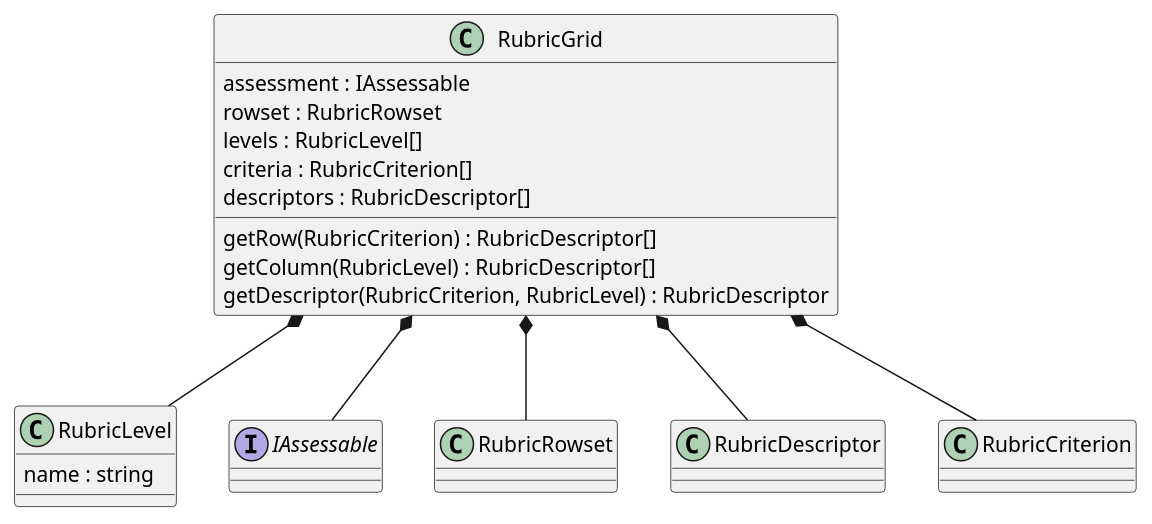
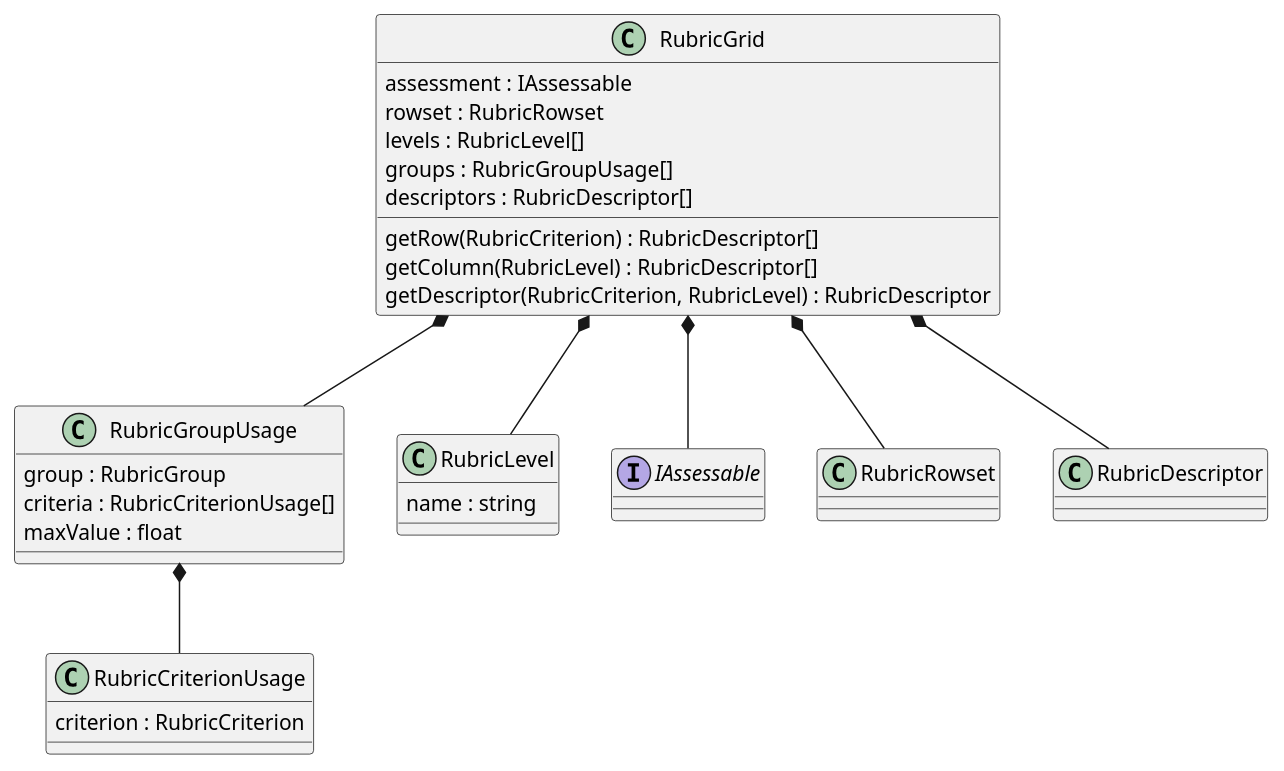
Before and after one commit to juliaattrevisan/schoolbox-api-docs: the third of 4 diagrams in library/Schoolbox/Assessment/Component/SubmissionBox/Rubric/Rubric.plantuml, drawn with PlantUML. The commit also changed other lines of this file, not shown here.

Commit message:
Disambiguate rubric group/criterion usage from actual groups/criteria [SA-7281]

```diff
--- a/library/Schoolbox/Assessment/Component/SubmissionBox/Rubric/Rubric.plantuml
+++ b/library/Schoolbox/Assessment/Component/SubmissionBox/Rubric/Rubric.plantuml
@@ -47,24 +47,35 @@
 @startuml
 class RubricGrid {
     assessment : IAssessable
     rowset : RubricRowset
     levels : RubricLevel[]
-    criteria : RubricCriterion[]
+    groups : RubricGroupUsage[]
     descriptors : RubricDescriptor[]
     getRow(RubricCriterion) : RubricDescriptor[]
     getColumn(RubricLevel) : RubricDescriptor[]
     getDescriptor(RubricCriterion, RubricLevel) : RubricDescriptor
+}
+
+class RubricGroupUsage {
+    group : RubricGroup
+    criteria : RubricCriterionUsage[]
+    maxValue : float
+}
+
+class RubricCriterionUsage {
+    criterion : RubricCriterion
 }
 
 class RubricLevel {
     name : string
 }
 
 interface IAssessable
 
 RubricGrid *-- RubricRowset
 RubricGrid *-- IAssessable
 RubricGrid *-- RubricDescriptor
-RubricGrid *-- RubricCriterion
+RubricGrid *-- RubricGroupUsage
+RubricGroupUsage *-- RubricCriterionUsage
 RubricGrid *-- RubricLevel
 @enduml
```
